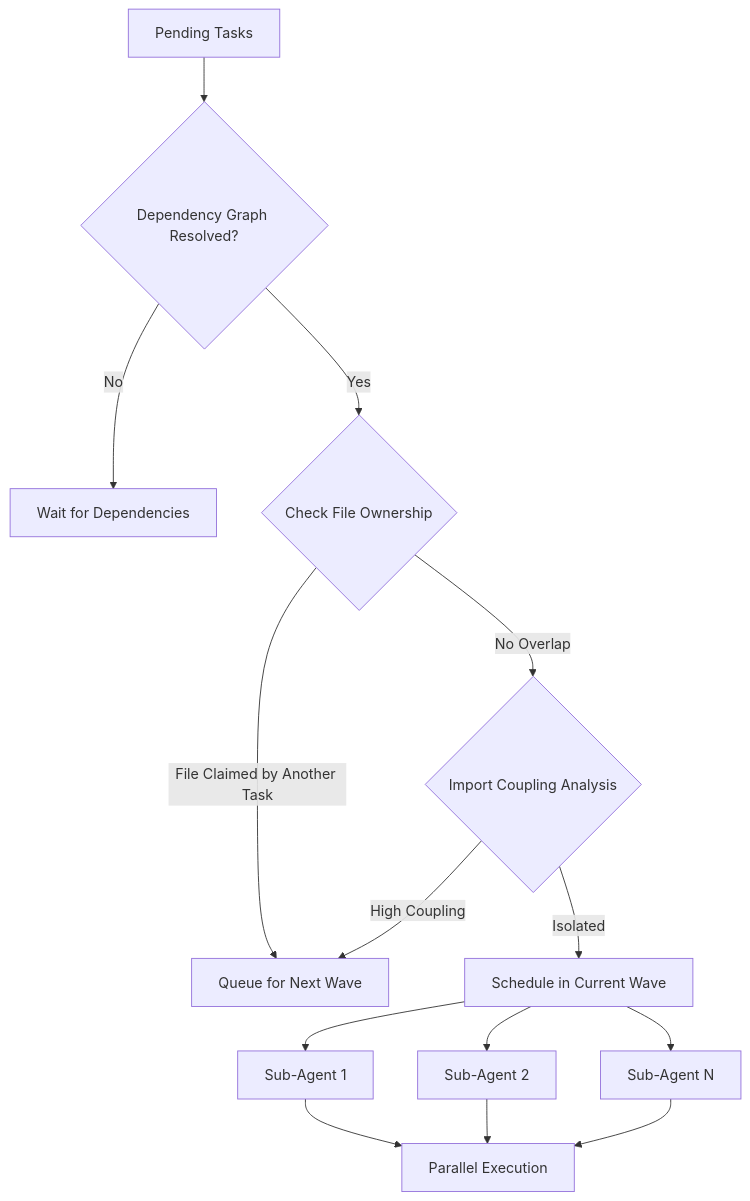
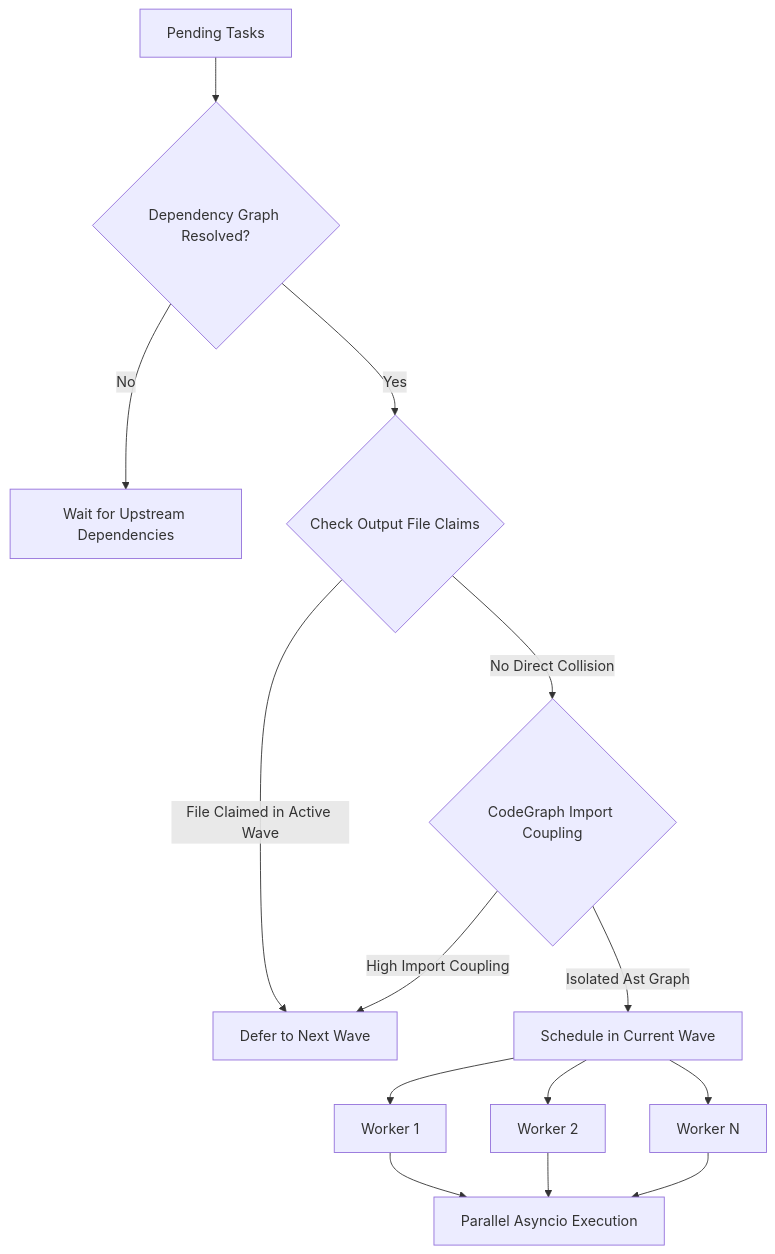
Before and after one commit to emmanuelol/yani-engine: the fifth of 6 diagrams in docs/05-architecture.md, drawn with Mermaid. The commit also changed other lines of this file and 3 other files, not shown here.

Commit message:
docs: Enrich CodeGraph section, update Mermaid diagrams, and align architecture specs

````diff
--- a/docs/05-architecture.md
+++ b/docs/05-architecture.md
@@ -101,20 +118,20 @@
 ```mermaid
 flowchart TD
     A[Pending Tasks] --> B{Dependency Graph Resolved?}
-    B -- No --> C[Wait for Dependencies]
-    B -- Yes --> D{Check File Ownership}
+    B -- No --> C[Wait for Upstream Dependencies]
+    B -- Yes --> D{Check Output File Claims}
     
-    D -- File Claimed by Another Task --> E[Queue for Next Wave]
-    D -- No Overlap --> F{Import Coupling Analysis}
+    D -- File Claimed in Active Wave --> E[Defer to Next Wave]
+    D -- No Direct Collision --> F{CodeGraph Import Coupling}
     
-    F -- High Coupling --> E
-    F -- Isolated --> G[Schedule in Current Wave]
+    F -- High Import Coupling --> E
+    F -- Isolated Ast Graph --> G[Schedule in Current Wave]
     
-    G --> H[Sub-Agent 1]
-    G --> I[Sub-Agent 2]
-    G --> J[Sub-Agent N]
+    G --> H[Worker 1]
+    G --> I[Worker 2]
+    G --> J[Worker N]
     
-    H --> K[Parallel Execution]
+    H --> K[Parallel Asyncio Execution]
     I --> K
     J --> K
 ```
````
